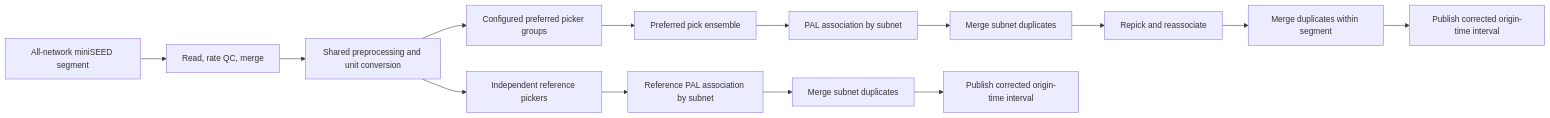
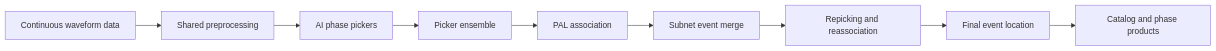
The diagram in README.md (YijianZhou/AI-PAL), drawn with Mermaid before and after one commit. The commit also changed other lines of this file and 5 other files, not shown here.

````diff
--- a/README.md
+++ b/README.md
@@ -45,16 +12,11 @@
 ```mermaid
 flowchart LR
-    A[All-network miniSEED segment] --> B[Read, rate QC, merge]
-    B --> C[Shared preprocessing and unit conversion]
-    C --> D1[Configured preferred picker groups]
-    C --> D2[Independent reference pickers]
-    D1 --> E1[Preferred pick ensemble]
-    E1 --> F1[PAL association by subnet]
-    D2 --> F2[Reference PAL association by subnet]
-    F1 --> G1[Merge subnet duplicates]
-    F2 --> G2[Merge subnet duplicates]
-    G1 --> H1[Repick and reassociate]
-    H1 --> I1[Merge duplicates within segment]
-    I1 --> J1[Publish corrected origin-time interval]
-    G2 --> J2[Publish corrected origin-time interval]
+    A[Continuous waveform data] --> B[Shared preprocessing]
+    B --> C[AI phase pickers]
+    C --> D[Picker ensemble]
+    D --> E[PAL association]
+    E --> F[Subnet event merge]
+    F --> G[Repicking and reassociation]
+    G --> H[Final event location]
+    H --> I[Catalog and phase products]
 ```
````
